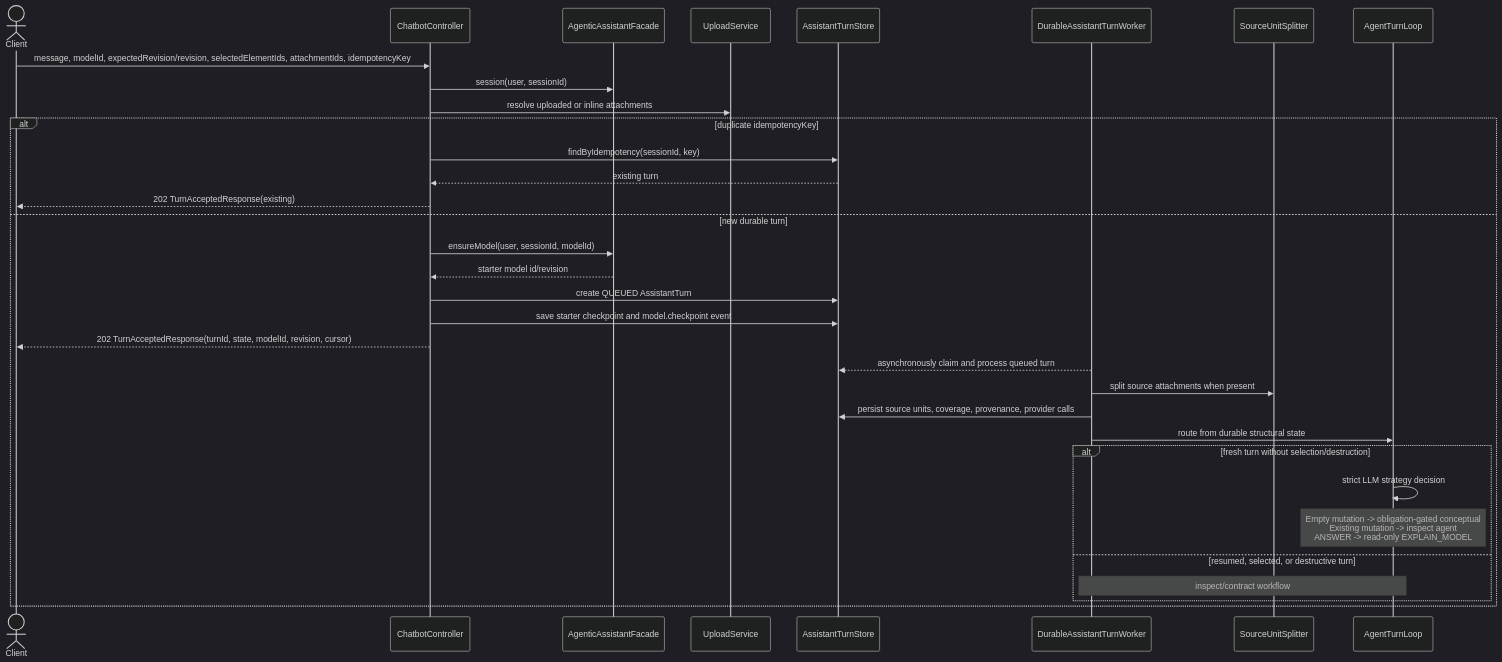
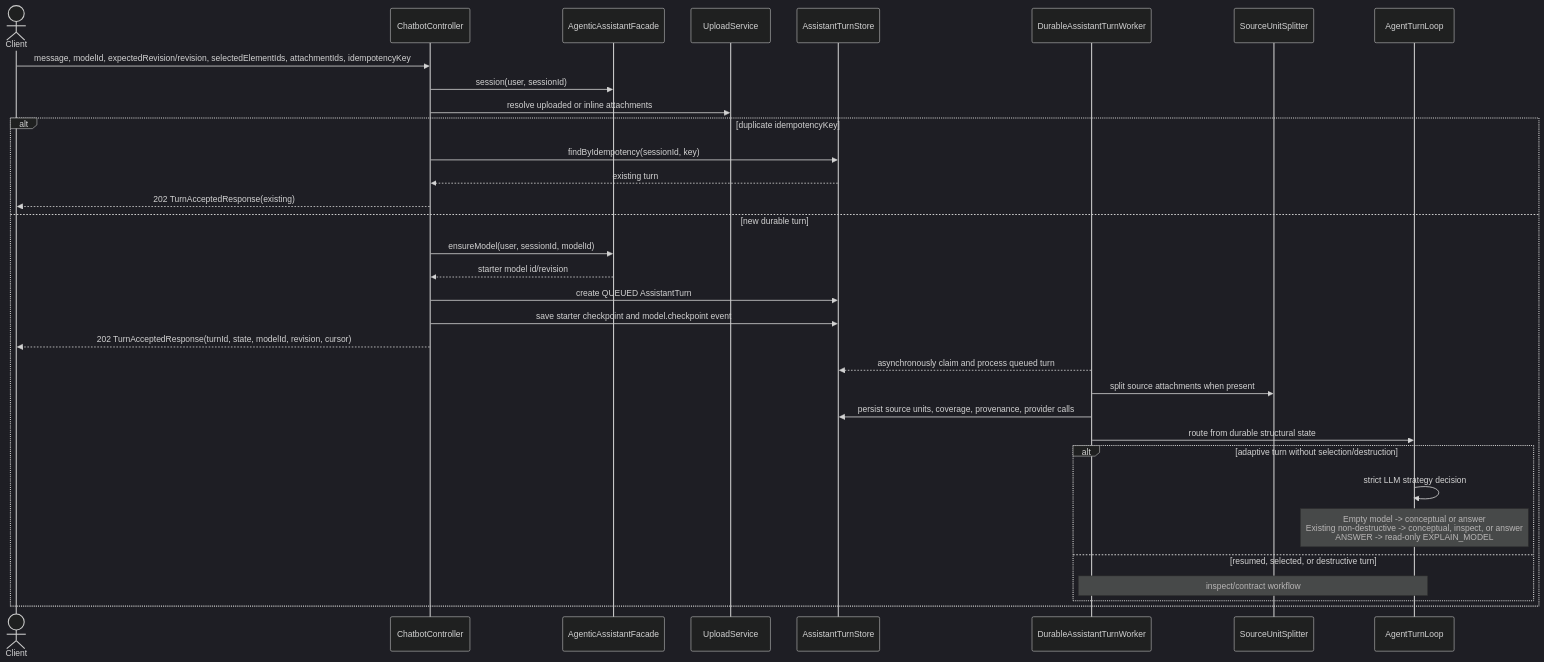
Before and after one commit to mehdieidi/modriss: the second of 5 diagrams in docs/diagrams/13-api-assistant-sequences.md, drawn with Mermaid (dark theme). The commit also changed 34 other files, not shown here.

````diff
--- a/docs/diagrams/13-api-assistant-sequences.md
+++ b/docs/diagrams/13-api-assistant-sequences.md
@@ -23,36 +23,36 @@
 ```mermaid
 sequenceDiagram
     actor Client
     participant C as ChatbotController
     participant A as AgenticAssistantFacade
     participant U as UploadService
     participant T as AssistantTurnStore
     participant W as DurableAssistantTurnWorker
     participant S as SourceUnitSplitter
     participant L as AgentTurnLoop
 
     Client->>C: message, modelId, expectedRevision/revision, selectedElementIds, attachmentIds, idempotencyKey
     C->>A: session(user, sessionId)
     C->>U: resolve uploaded or inline attachments
     alt duplicate idempotencyKey
         C->>T: findByIdempotency(sessionId, key)
         T-->>C: existing turn
         C-->>Client: 202 TurnAcceptedResponse(existing)
     else new durable turn
         C->>A: ensureModel(user, sessionId, modelId)
         A-->>C: starter model id/revision
         C->>T: create QUEUED AssistantTurn
         C->>T: save starter checkpoint and model.checkpoint event
         C-->>Client: 202 TurnAcceptedResponse(turnId, state, modelId, revision, cursor)
         W-->>T: asynchronously claim and process queued turn
         W->>S: split source attachments when present
         W->>T: persist source units, coverage, provenance, provider calls
         W->>L: route from durable structural state
-        alt fresh turn without selection/destruction
+        alt adaptive turn without selection/destruction
             L->>L: strict LLM strategy decision
-            Note over L: Empty mutation -> obligation-gated conceptual<br/>Existing mutation -> inspect agent<br/>ANSWER -> read-only EXPLAIN_MODEL
+            Note over L: Empty model -> conceptual or answer<br/>Existing non-destructive -> conceptual, inspect, or answer<br/>ANSWER -> read-only EXPLAIN_MODEL
         else resumed, selected, or destructive turn
             Note over W,L: inspect/contract workflow
         end
     end
 ```
````
